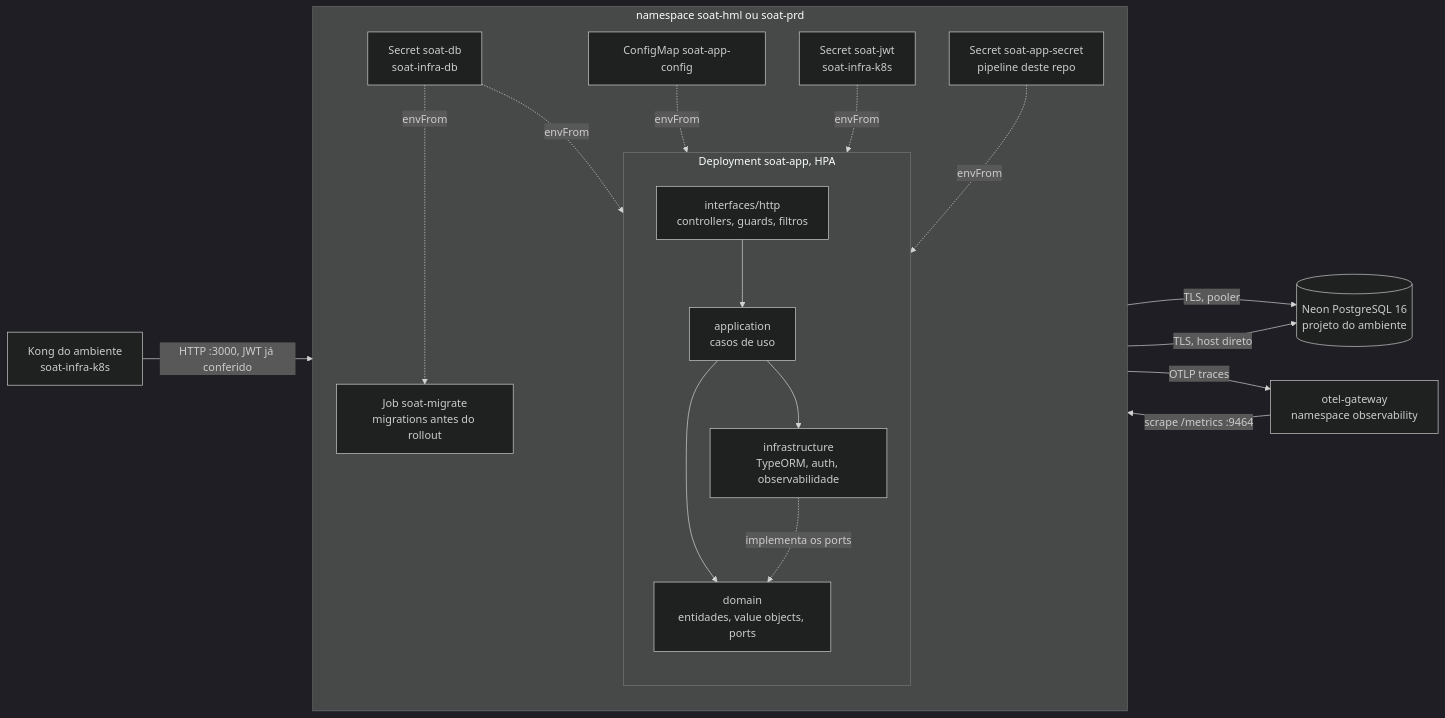
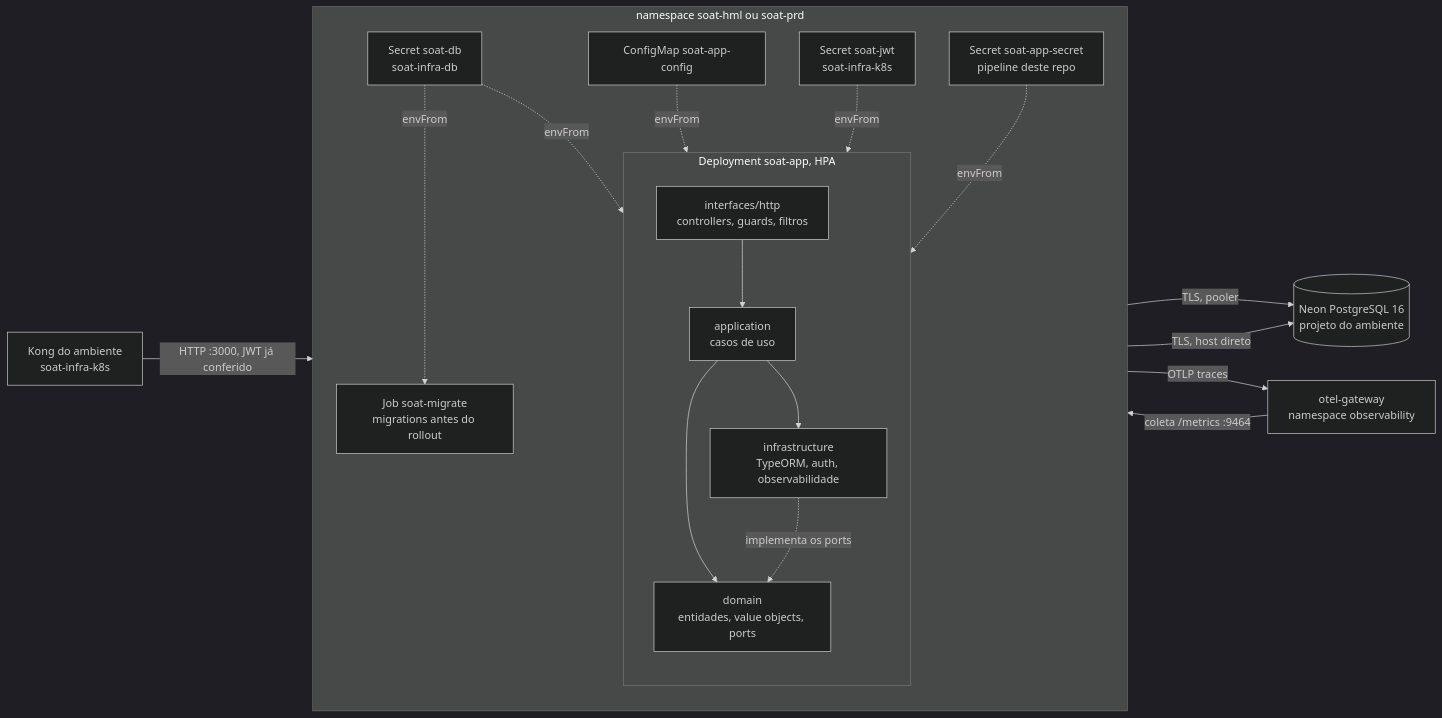
Before and after one commit to gomes-leonardo/fiap-software-architecture: the diagram in README.md, drawn with Mermaid (dark theme). The commit also changed other lines of this file and 2 other files, not shown here.

````diff
--- a/README.md
+++ b/README.md
@@ -45,38 +52,38 @@
 ```mermaid
 flowchart LR
     KONG["Kong do ambiente<br/>soat-infra-k8s"]
 
     subgraph NS["namespace soat-hml ou soat-prd"]
         direction TB
         MIG["Job soat-migrate<br/>migrations antes do rollout"]
         subgraph APP["Deployment soat-app, HPA"]
             direction TB
             HTTP["interfaces/http<br/>controllers, guards, filtros"]
             USECASE["application<br/>casos de uso"]
             DOMAIN["domain<br/>entidades, value objects, ports"]
             INFRA["infrastructure<br/>TypeORM, auth, observabilidade"]
         end
         CFG["ConfigMap soat-app-config"]
         SDB["Secret soat-db<br/>soat-infra-db"]
         SJWT["Secret soat-jwt<br/>soat-infra-k8s"]
         SAPP["Secret soat-app-secret<br/>pipeline deste repo"]
     end
 
     DB[("Neon PostgreSQL 16<br/>projeto do ambiente")]
     OTEL["otel-gateway<br/>namespace observability"]
 
     KONG -->|"HTTP :3000, JWT já conferido"| HTTP
     HTTP --> USECASE
     USECASE --> DOMAIN
     USECASE --> INFRA
     INFRA -.->|"implementa os ports"| DOMAIN
     INFRA -->|"TLS, pooler"| DB
     MIG -->|"TLS, host direto"| DB
     INFRA -->|"OTLP traces"| OTEL
-    OTEL -->|"scrape /metrics :9464"| APP
+    OTEL -->|"coleta /metrics :9464"| APP
     CFG -.->|envFrom| APP
     SDB -.->|envFrom| APP
     SJWT -.->|envFrom| APP
     SAPP -.->|envFrom| APP
     SDB -.->|envFrom| MIG
 ```
````
